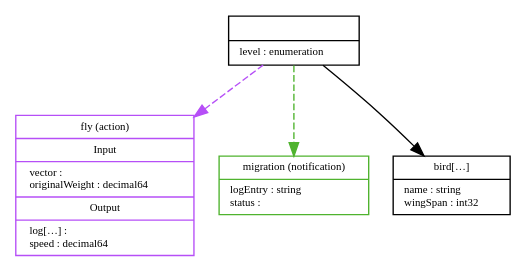
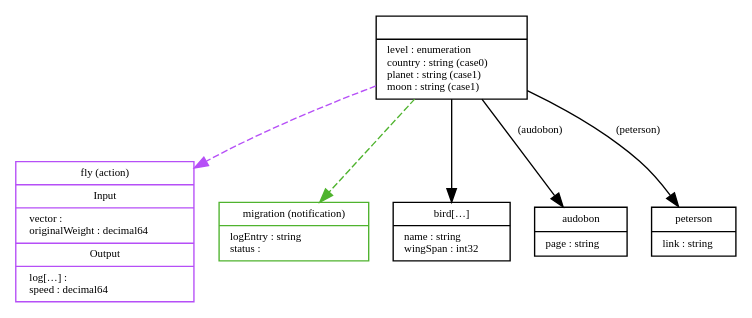
Before and after one commit to freeconf/yang: the diagram in meta/render/gold/doc-example.dot, drawn with Graphviz. The commit also changed 5 other files, not shown here.

```diff
--- a/meta/render/gold/doc-example.dot
+++ b/meta/render/gold/doc-example.dot
@@ -1,67 +1,103 @@
 digraph G {
         fontname = "Bitstream Vera Sans"
         fontsize = 8
 
         node [
                 fontname = "Bitstream Vera Sans"
                 fontsize = 8
                 shape = "record"
         ]
 
         edge [
                 fontname = "Bitstream Vera Sans"
                 fontsize = 8
         ]
 
 
        doc_example [
-         label = "{|level : enumeration\l}"
+         label = "{|level : enumeration\lcountry : string (case0)\lplanet : string (case1)\lmoon : string (case1)\l}"
        ]
 
 
 
        doc_example_fly [
          label = "{fly (action)|Input|&#32;&#32;vector : \l&#32;&#32;originalWeight : decimal64\l|Output|&#32;&#32;log[…] : \l&#32;&#32;speed : decimal64\l}"
          color = "#b64ff7"
        ]
        doc_example -> doc_example_fly [
          style = "dashed"
          color = "#b64ff7"
        ]
 
 
 
        doc_example_migration [
          label = "{migration (notification)|logEntry : string\lstatus : \l}"
          color = "#4fb32e"
        ]
        doc_example -> doc_example_migration [
          style = "dashed"
          color = "#4fb32e"
        ]
 
 
 
        doc_example_bird [
          label = "{bird[…]|name : string\lwingSpan : int32\l}"
        ]
 
 
 
 
 
 
 
+       doc_example_audobon [
+         label = "{audobon|page : string\l}"
+       ]
+
+
+
+
+
+
+
+       doc_example_peterson [
+         label = "{peterson|link : string\l}"
+       ]
+
+
+
+
+
+
 
 
 
   
-    doc_example -> doc_example_bird
+    doc_example -> doc_example_bird [
+         label=""
+       ]
     
+    
+    
+    
+    doc_example -> doc_example_audobon [
+         label=" (audobon)"
+       ]
+    doc_example -> doc_example_peterson [
+         label=" (peterson)"
+       ]
 
   
     
     
 
+  
+    
+
+  
+    
+
 
 }
```
